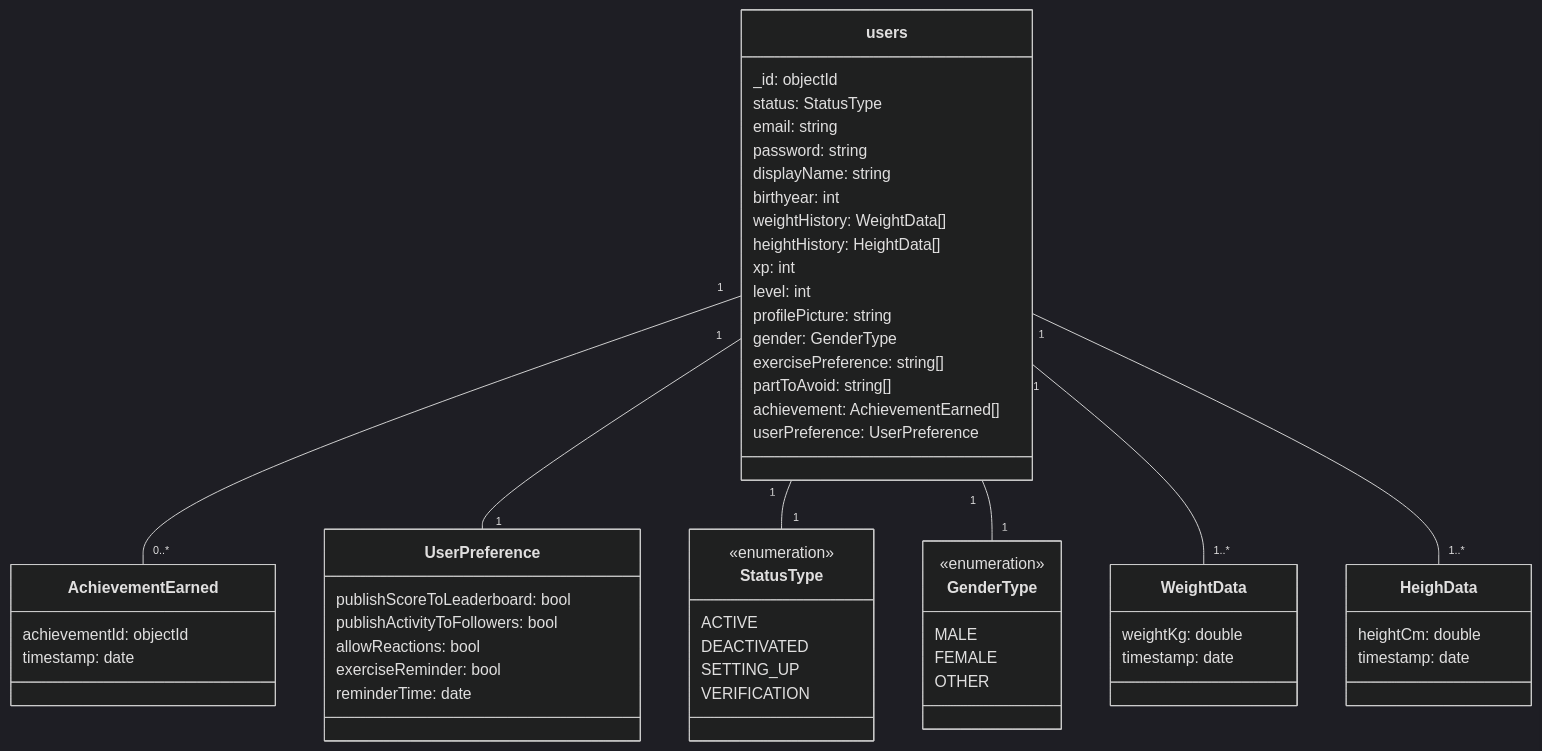
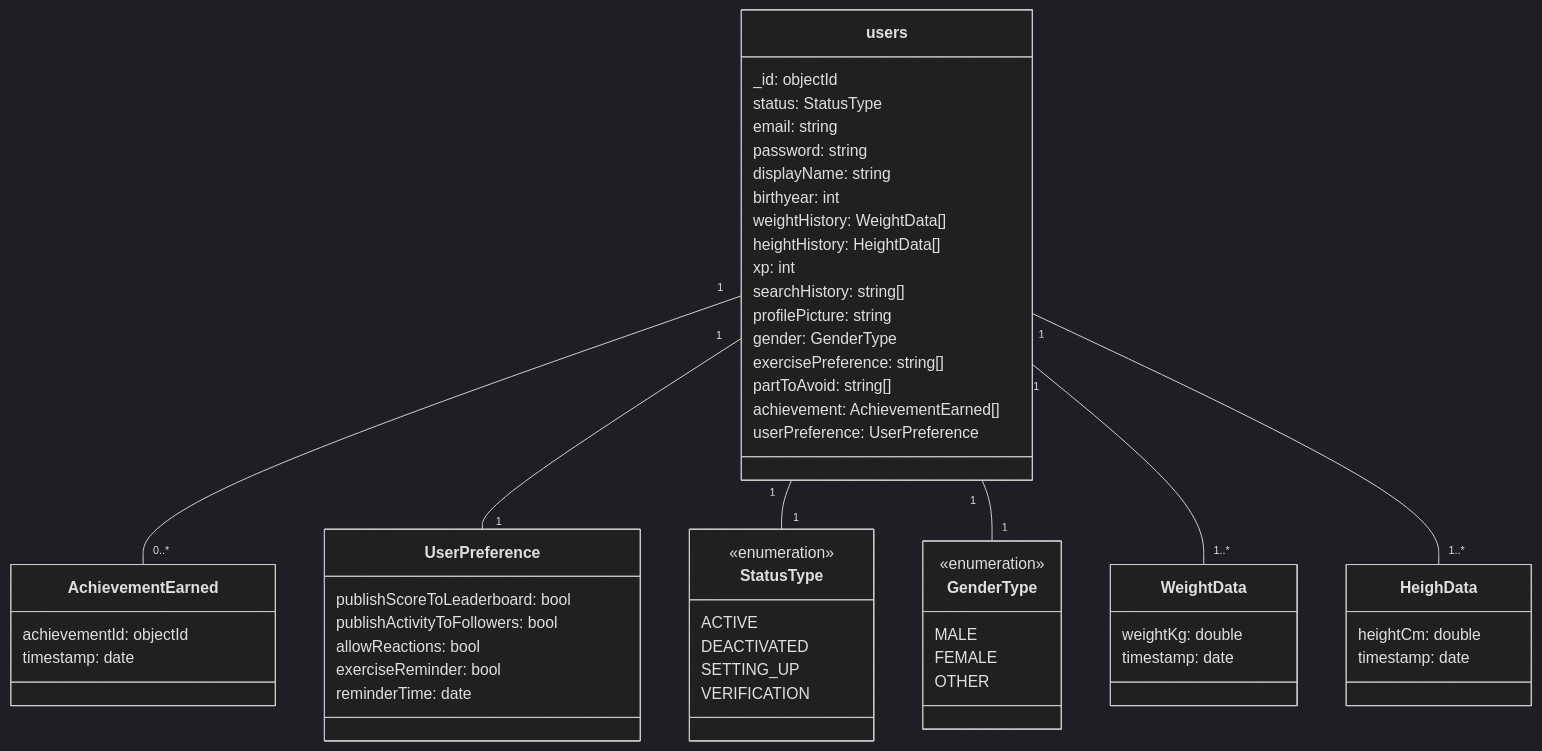
Before and after one commit to fitness-coaching-app/system-diagrams: the diagram in diagrams/database/users.md, drawn with Mermaid (dark theme). The commit also changed 15 other files, not shown here.

````diff
--- a/diagrams/database/users.md
+++ b/diagrams/database/users.md
@@ -1,71 +1,71 @@
 ```mermaid
 %%{init: {
     "fontFamily": "Helvetica"
 }
 }%%
 classDiagram
     users "1" -- "0..*" AchievementEarned
     users "1" -- "1" UserPreference
     users "1" -- "1" StatusType
     users "1" -- "1" GenderType
     users "1" -- "1..*" WeightData
     users "1" -- "1..*" HeighData
 
     class users{
         _id: objectId
         status: StatusType
         email: string
         password: string
         displayName: string
         birthyear: int
         weightHistory: WeightData[]
         heightHistory: HeightData[]
         xp: int
-        level: int
+        searchHistory: string[]
         profilePicture: string
         gender: GenderType
         exercisePreference: string[]
         partToAvoid: string[]
         achievement: AchievementEarned[]
         userPreference: UserPreference
     }
 
     class AchievementEarned{
         achievementId: objectId
         timestamp: date
     }
 
     class UserPreference{
         publishScoreToLeaderboard: bool
         publishActivityToFollowers: bool
         allowReactions: bool
         exerciseReminder: bool
         reminderTime: date
     }
 
     class StatusType{
         <<enumeration>>
         ACTIVE
         DEACTIVATED
         SETTING_UP
         VERIFICATION
     }
 
     class GenderType{
         <<enumeration>>
         MALE
         FEMALE
         OTHER
     }
 
     class WeightData{
         weightKg: double
         timestamp: date
     }
 
     class HeighData{
         heightCm: double
         timestamp: date
     }
  
 ```
````
